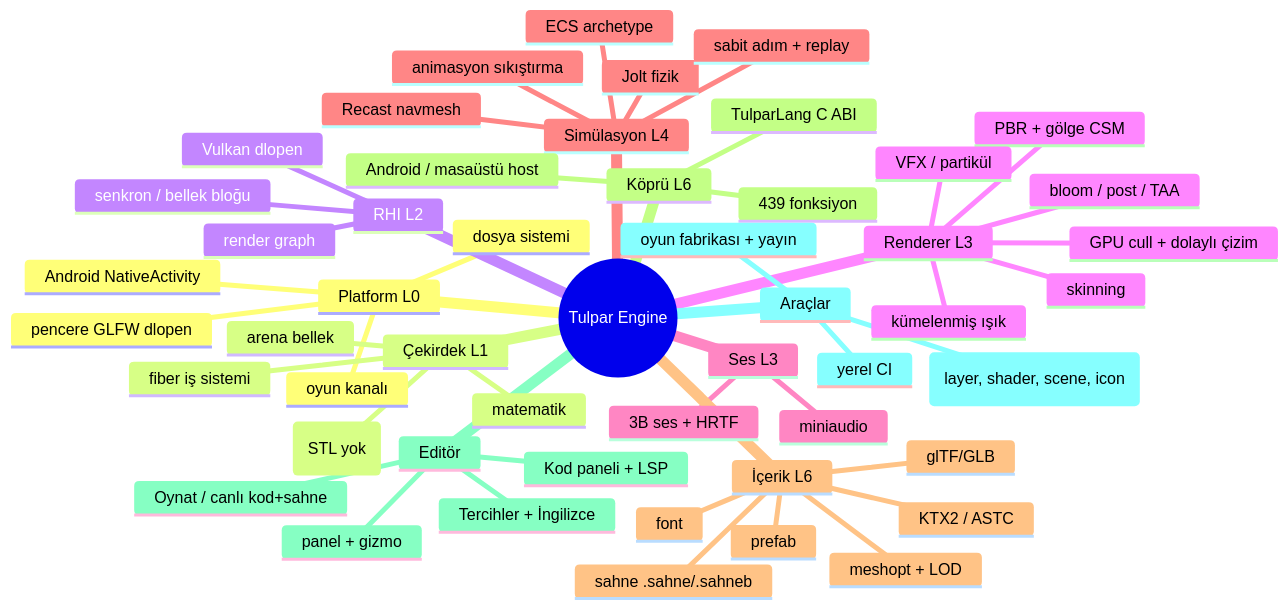
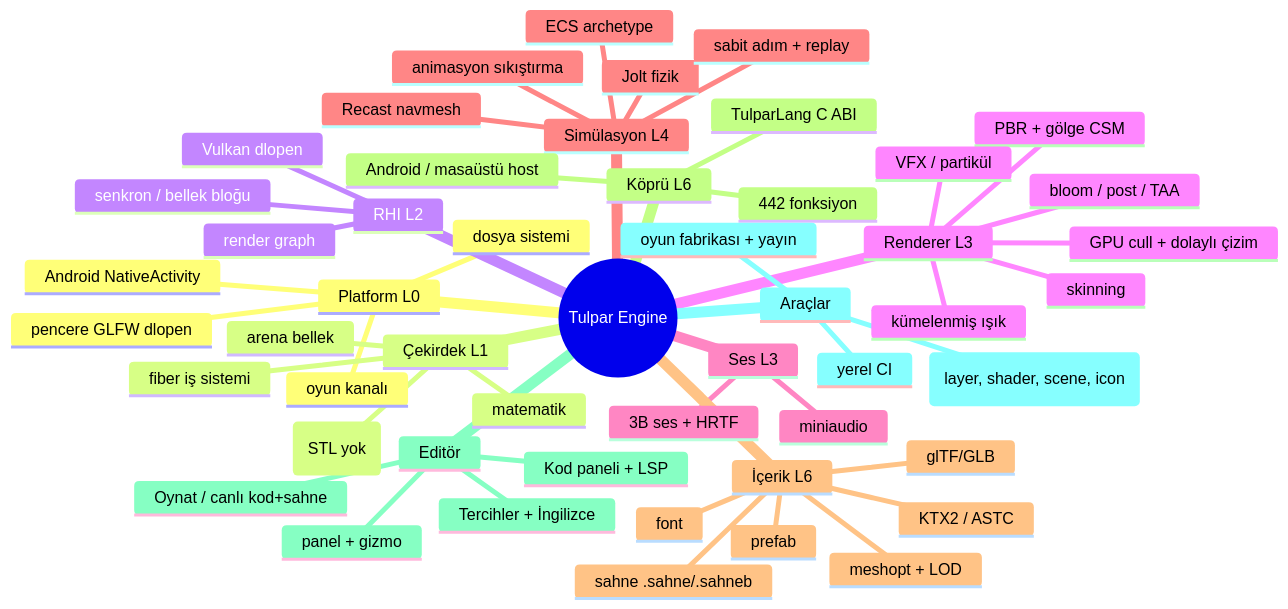
One commit to hamer1818/tulpar-engine changed the diagram in docs/OZELLIK-HARITASI.md. Above: the diagram before and after it, drawn with Mermaid. The commit also changed other lines of this file and 24 other files, not shown here.

````diff
--- a/docs/OZELLIK-HARITASI.md
+++ b/docs/OZELLIK-HARITASI.md
@@ -10,54 +10,54 @@
 ```mermaid
 mindmap
   root((Tulpar Engine))
     Platform L0
       pencere GLFW dlopen
       dosya sistemi
       Android NativeActivity
       oyun kanalı
     Çekirdek L1
       fiber iş sistemi
       arena bellek
       matematik
       konteynerler (STL yok)
     RHI L2
       Vulkan dlopen
       render graph
       senkron / bellek bloğu
     Renderer L3
       PBR + gölge CSM
       bloom / post / TAA
       GPU cull + dolaylı çizim
       kümelenmiş ışık
       skinning
       VFX / partikül
     Ses L3
       miniaudio
       3B ses + HRTF
     Simülasyon L4
       ECS archetype
       Jolt fizik
       Recast navmesh
       animasyon sıkıştırma
       sabit adım + replay
     İçerik L6
       glTF/GLB
       sahne .sahne/.sahneb
       KTX2 / ASTC
       meshopt + LOD
       font
       prefab
     Köprü L6
       TulparLang C ABI
-      439 fonksiyon
+      442 fonksiyon
       Android / masaüstü host
     Editör
       panel + gizmo
       Kod paneli + LSP
       Oynat / canlı kod+sahne
       Tercihler + İngilizce
     Araçlar
       kapılar (layer, shader, scene, icon)
       yerel CI
       oyun fabrikası + yayın
 ```
````
